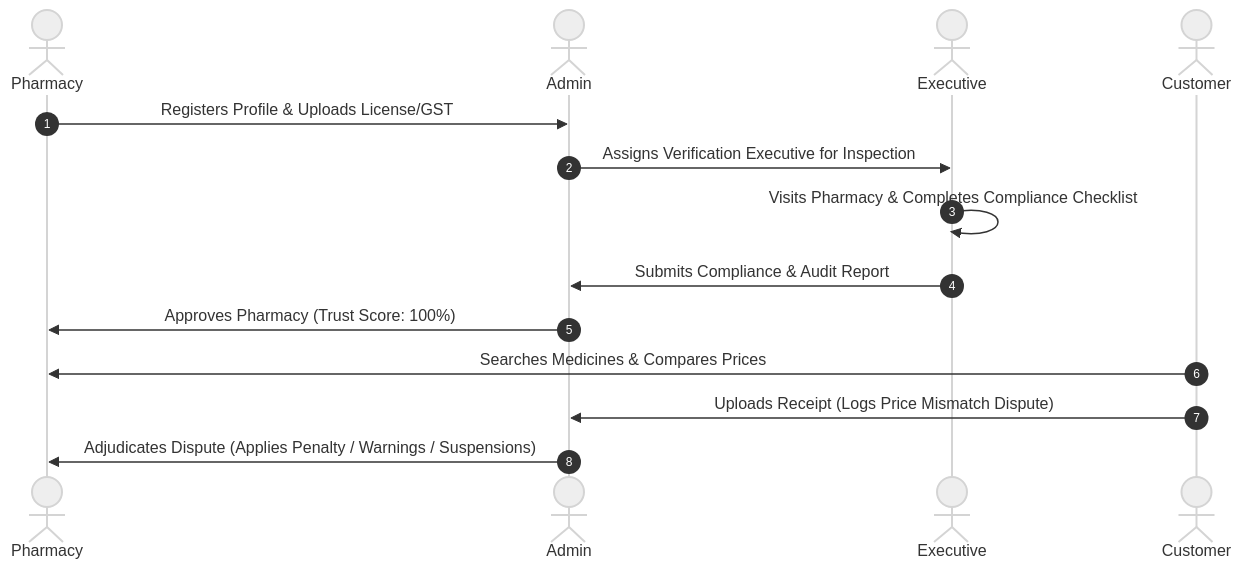
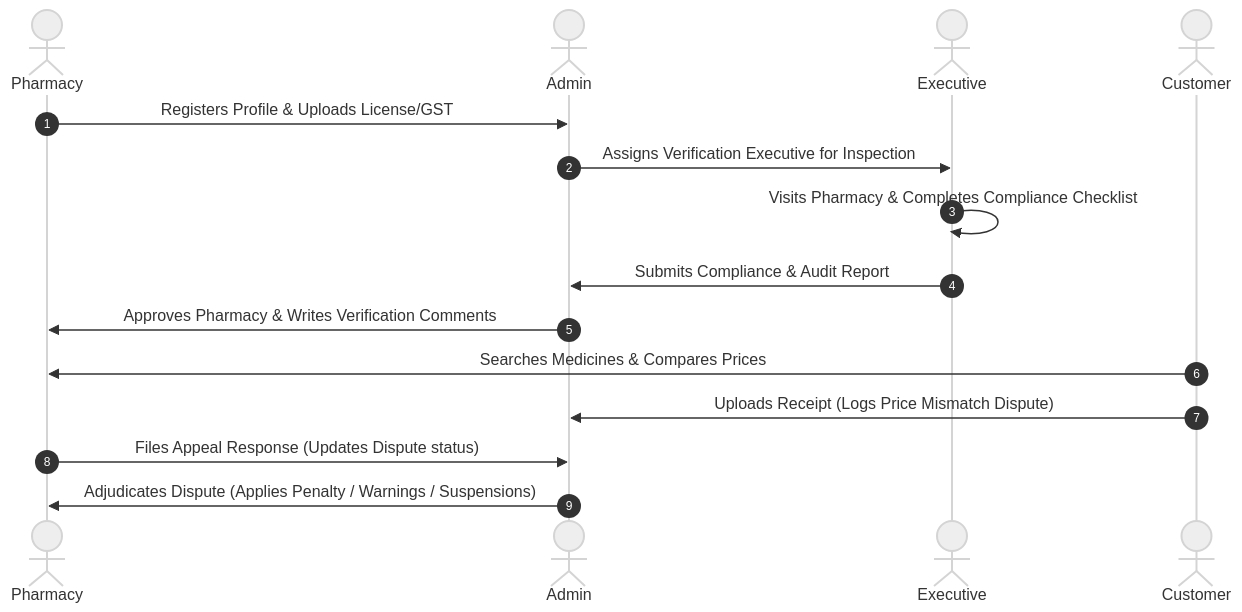
One commit to sandeepnambi/MedSafe changed the diagram in README.md. Above: the diagram before and after it, drawn with Mermaid (neutral theme). The commit also changed other lines of this file, not shown here.

Commit message:
docs: update README with new portal features, dynamic trust score engine, and updated development commands

````diff
--- a/README.md
+++ b/README.md
@@ -52,17 +62,18 @@
 ```mermaid
 sequenceDiagram
     autonumber
     actor Pharmacy
     actor Admin
     actor Executive
     actor Customer
 
     Pharmacy->>Admin: Registers Profile & Uploads License/GST
     Admin->>Executive: Assigns Verification Executive for Inspection
     Executive->>Executive: Visits Pharmacy & Completes Compliance Checklist
     Executive->>Admin: Submits Compliance & Audit Report
-    Admin->>Pharmacy: Approves Pharmacy (Trust Score: 100%)
+    Admin->>Pharmacy: Approves Pharmacy & Writes Verification Comments
     Customer->>Pharmacy: Searches Medicines & Compares Prices
     Customer->>Admin: Uploads Receipt (Logs Price Mismatch Dispute)
+    Pharmacy->>Admin: Files Appeal Response (Updates Dispute status)
     Admin->>Pharmacy: Adjudicates Dispute (Applies Penalty / Warnings / Suspensions)
 ```
````
